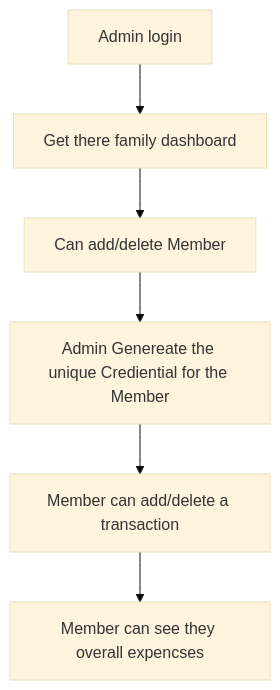
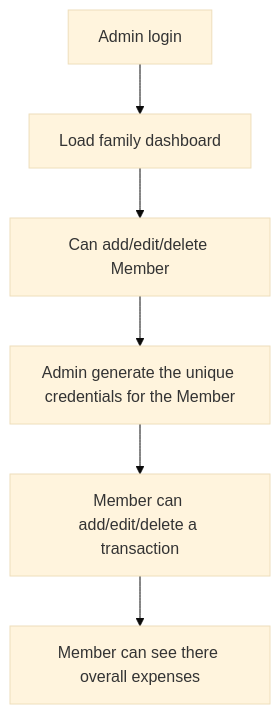
The diagram in docs/modules.md (Rudraksh-GKMIT/PocketBuddy-docs), drawn with Mermaid (base theme) before and after one commit. The commit also changed other lines of this file and 23 other files, not shown here.

````diff
--- a/docs/modules.md
+++ b/docs/modules.md
@@ -36,8 +34,8 @@
 ```mermaid
 flowchart TD
-    A[Admin login] --> B[Get there family dashboard]
-    B --> C[Can add/delete Member]
-    C --> D[Admin Genereate the unique Crediential for the Member]
-    D --> E[Member can add/delete a transaction]
-    E --> F[Member can see they overall expencses]
+    A[Admin login] --> B[Load family dashboard]
+    B --> C[Can add/edit/delete Member]
+    C --> D[Admin generate the unique credentials for the Member]
+    D --> E[Member can add/edit/delete a transaction]
+    E --> F[Member can see there overall expenses]
 ```
````
